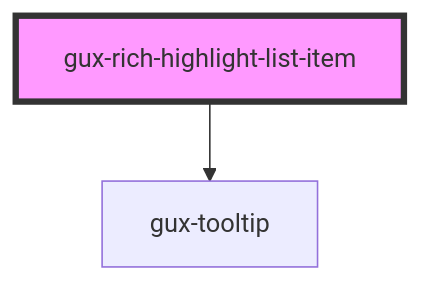
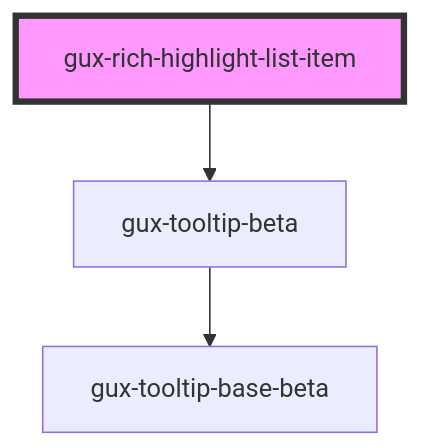
One commit to MyPureCloud/genesys-spark changed the diagram in packages/genesys-spark-components/src/components/beta/gux-rich-text-editor/gux-rich-text-editor-list/gux-rich-highlight-list-item/readme.md. Above: the diagram before and after it, drawn with Mermaid. The commit also changed other lines of this file and 11 other files, not shown here.

````diff
--- a/packages/genesys-spark-components/src/components/beta/gux-rich-text-editor/gux-rich-text-editor-list/gux-rich-highlight-list-item/readme.md
+++ b/packages/genesys-spark-components/src/components/beta/gux-rich-text-editor/gux-rich-text-editor-list/gux-rich-highlight-list-item/readme.md
@@ -24,5 +24,6 @@
 ```mermaid
 graph TD;
-  gux-rich-highlight-list-item --> gux-tooltip
+  gux-rich-highlight-list-item --> gux-tooltip-beta
+  gux-tooltip-beta --> gux-tooltip-base-beta
   style gux-rich-highlight-list-item fill:#f9f,stroke:#333,stroke-width:4px
 ```
````
